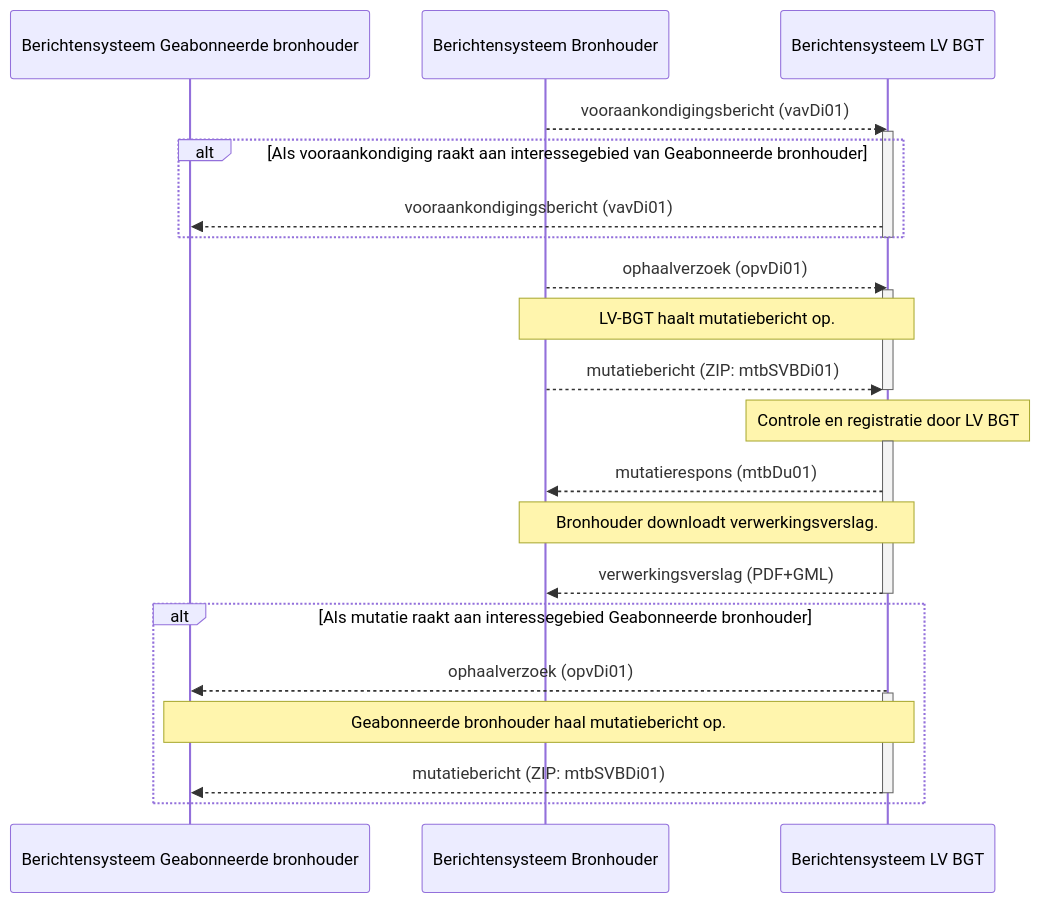
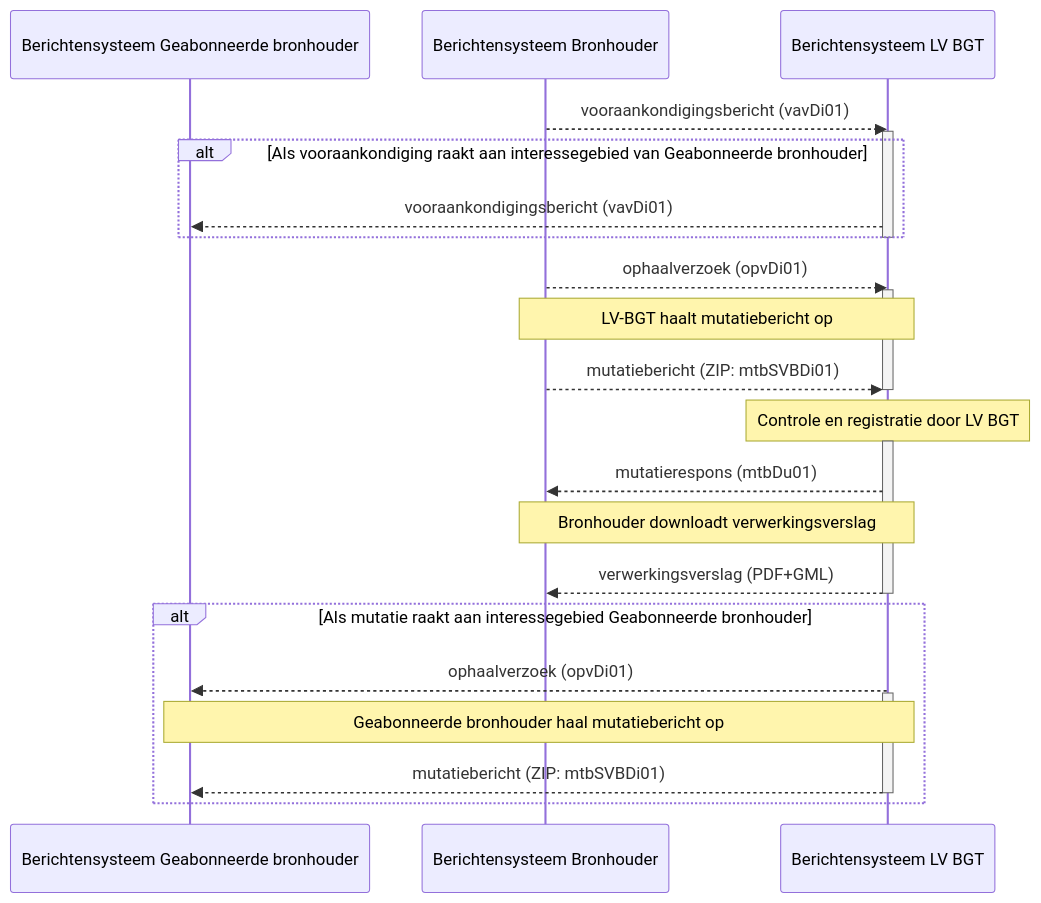
The second of 2 diagrams in werkafspraken/bgt-berichtenverkeer/2-werkafspraak.md (Geonovum/IMGeo), drawn with Mermaid before and after one commit. The commit also changed other lines of this file, not shown here.

```diff
--- a/werkafspraken/bgt-berichtenverkeer/2-werkafspraak.md
+++ b/werkafspraken/bgt-berichtenverkeer/2-werkafspraak.md
@@ -97,30 +97,30 @@
 <div class="mermaid">
 sequenceDiagram          
     participant Berichtensysteem Geabonneerde bronhouder    
     participant Berichtensysteem Bronhouder  
     participant Berichtensysteem LV BGT    
     Berichtensysteem Bronhouder-->>Berichtensysteem LV BGT: vooraankondigingsbericht (vavDi01)
     activate Berichtensysteem LV BGT  
     alt Als vooraankondiging raakt aan interessegebied van Geabonneerde bronhouder  
     Berichtensysteem LV BGT-->>Berichtensysteem Geabonneerde bronhouder: vooraankondigingsbericht (vavDi01)
     end
     deactivate Berichtensysteem LV BGT    
     Berichtensysteem Bronhouder-->>Berichtensysteem LV BGT: ophaalverzoek (opvDi01)
     activate Berichtensysteem LV BGT
-	Note over Berichtensysteem Bronhouder ,  Berichtensysteem LV BGT: LV-BGT haalt mutatiebericht op.
+	Note over Berichtensysteem Bronhouder ,  Berichtensysteem LV BGT: LV-BGT haalt mutatiebericht op
 	Berichtensysteem Bronhouder-->>Berichtensysteem LV BGT: mutatiebericht (ZIP: mtbSVBDi01)  
     deactivate Berichtensysteem LV BGT   
 	Note over Berichtensysteem LV BGT: Controle en registratie door LV BGT 
     activate Berichtensysteem LV BGT
     Berichtensysteem LV BGT-->>Berichtensysteem Bronhouder: mutatierespons (mtbDu01)	
-    Note over Berichtensysteem Bronhouder,  Berichtensysteem LV BGT: Bronhouder downloadt verwerkingsverslag.
+    Note over Berichtensysteem Bronhouder,  Berichtensysteem LV BGT: Bronhouder downloadt verwerkingsverslag
     Berichtensysteem LV BGT-->>Berichtensysteem Bronhouder: verwerkingsverslag (PDF+GML)	
     deactivate Berichtensysteem LV BGT
     alt Als mutatie raakt aan interessegebied Geabonneerde bronhouder
     Berichtensysteem LV BGT-->>Berichtensysteem Geabonneerde bronhouder: ophaalverzoek (opvDi01)
     activate Berichtensysteem LV BGT
-    Note over Berichtensysteem Geabonneerde bronhouder, Berichtensysteem LV BGT: Geabonneerde bronhouder haal mutatiebericht op.
+    Note over Berichtensysteem Geabonneerde bronhouder, Berichtensysteem LV BGT: Geabonneerde bronhouder haal mutatiebericht op
 	Berichtensysteem LV BGT-->>Berichtensysteem Geabonneerde bronhouder: mutatiebericht (ZIP: mtbSVBDi01)	
     deactivate Berichtensysteem LV BGT
     end
 </div>
```
